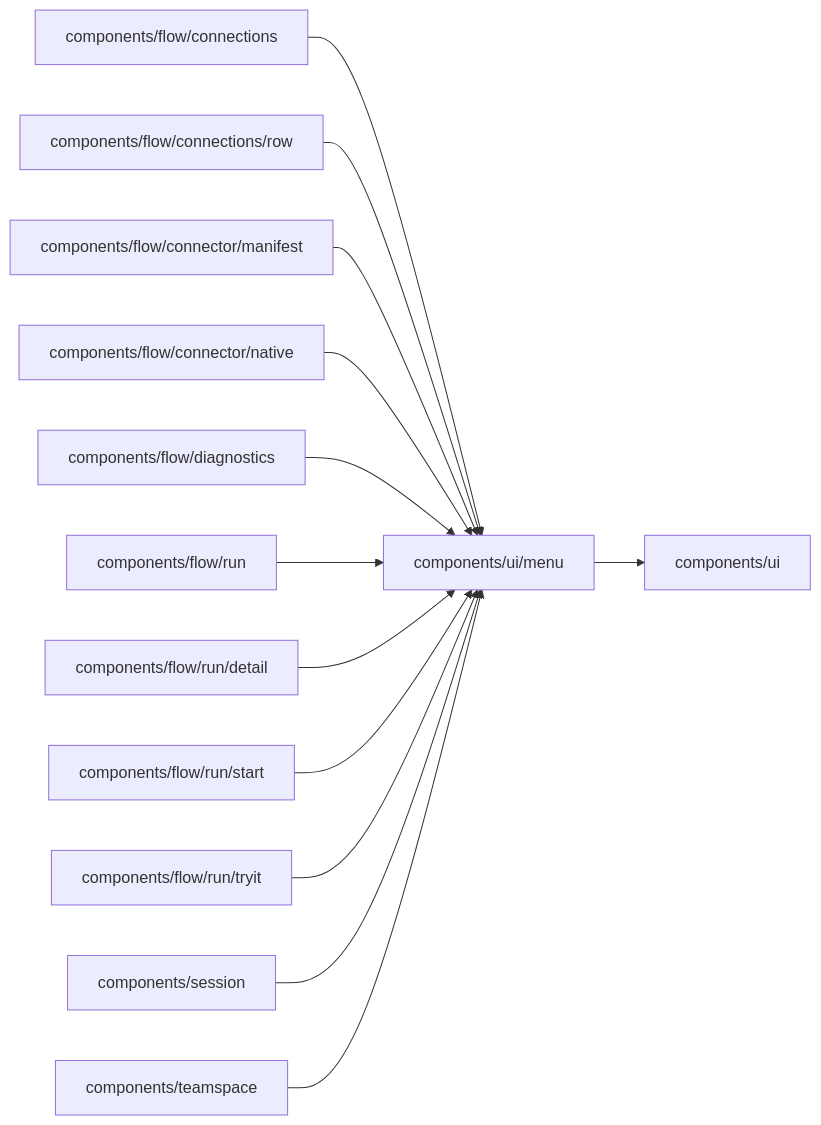
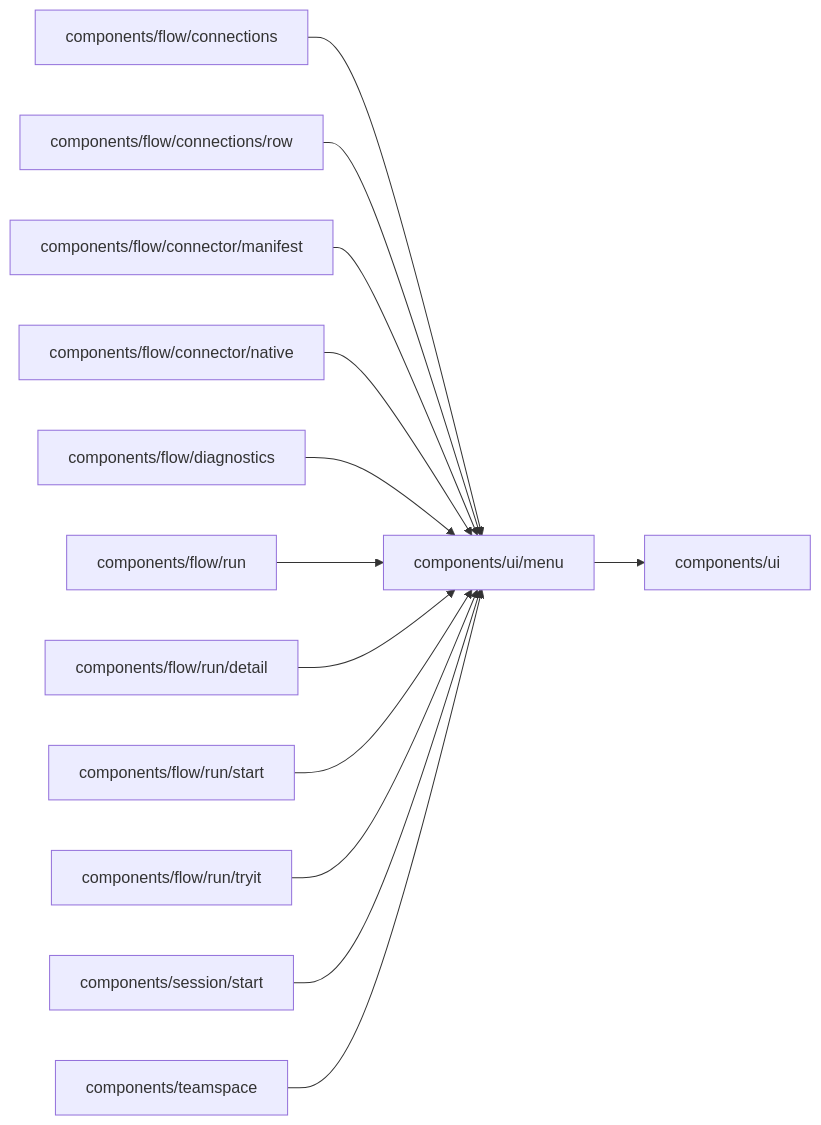
The diagram in web/studio/components/ui/menu/README.md (superdurable/superverse), drawn with Mermaid before and after one commit. The commit also changed other lines of this file and 47 other files, not shown here.

````diff
--- a/web/studio/components/ui/menu/README.md
+++ b/web/studio/components/ui/menu/README.md
@@ -10,16 +10,16 @@
 ```mermaid
 flowchart LR
   self["components/ui/menu"]
   c0["components/flow/connections"] --> self
   c1["components/flow/connections/row"] --> self
   c2["components/flow/connector/manifest"] --> self
   c3["components/flow/connector/native"] --> self
   c4["components/flow/diagnostics"] --> self
   c5["components/flow/run"] --> self
   c6["components/flow/run/detail"] --> self
   c7["components/flow/run/start"] --> self
   c8["components/flow/run/tryit"] --> self
-  c9["components/session"] --> self
+  c9["components/session/start"] --> self
   c10["components/teamspace"] --> self
   self --> d0["components/ui"]
 ```
````
